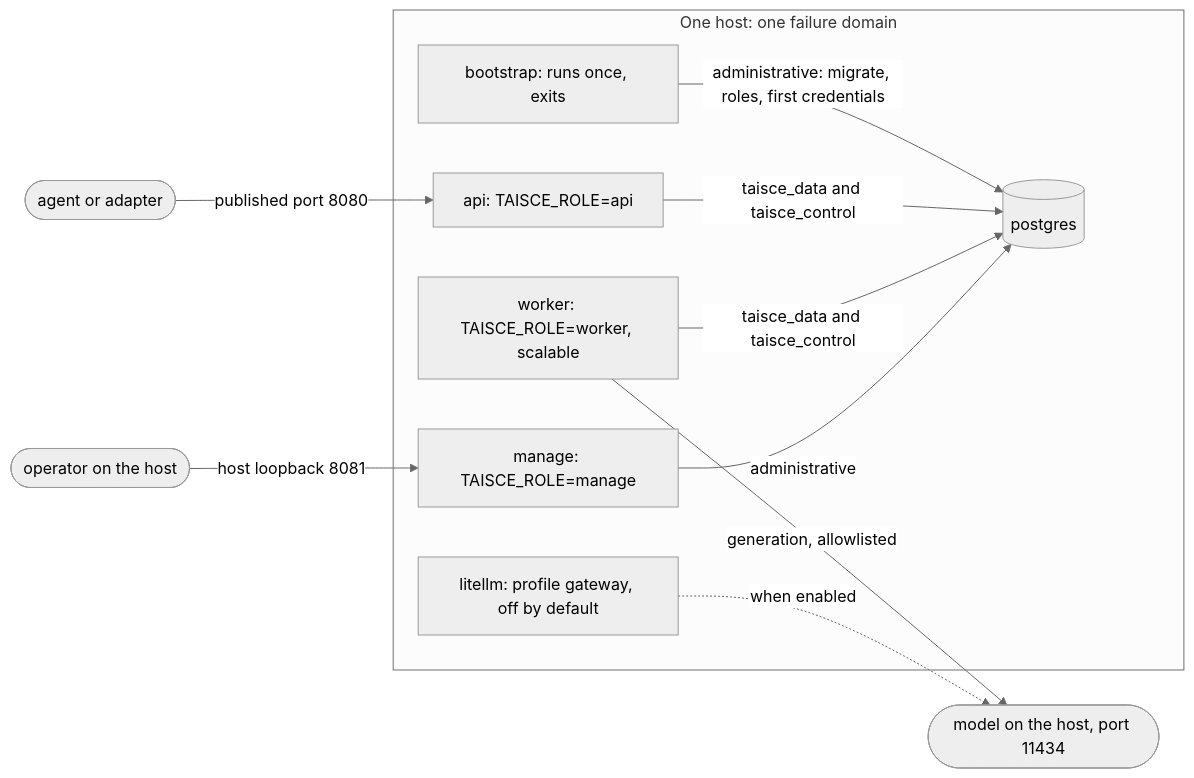
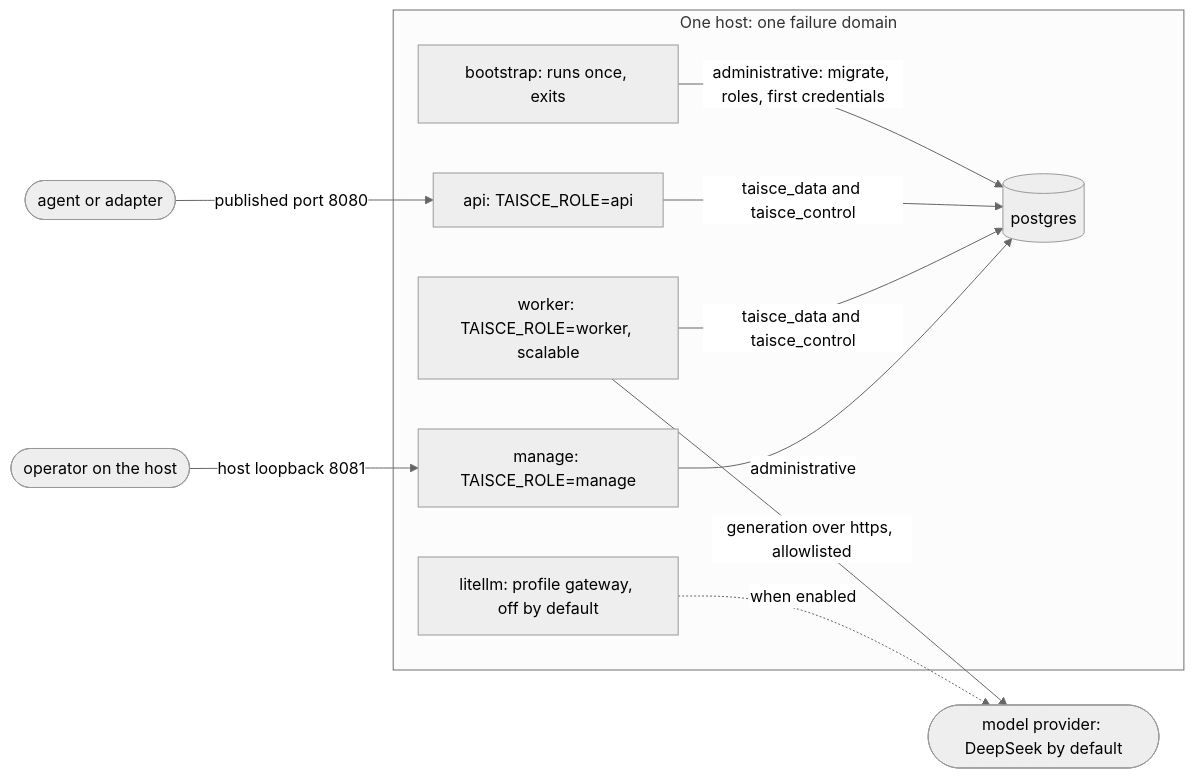
Before and after one commit to ensera-ai/taisce: the first of 2 diagrams in docs/architecture/deployment.md, drawn with Mermaid (neutral theme). The commit also changed other lines of this file and 20 other files, not shown here.

````diff
--- a/docs/architecture/deployment.md
+++ b/docs/architecture/deployment.md
@@ -65,22 +65,22 @@
 ```mermaid
 flowchart LR
     client(["agent or adapter"])
     operator(["operator on the host"])
-    ollama(["model on the host, port 11434"])
+    model(["model provider: DeepSeek by default"])
     subgraph host["One host: one failure domain"]
         pg[("postgres")]
         boot["bootstrap: runs once, exits"]
         api["api: TAISCE_ROLE=api"]
         worker["worker: TAISCE_ROLE=worker, scalable"]
         manage["manage: TAISCE_ROLE=manage"]
         litellm["litellm: profile gateway, off by default"]
     end
     boot -->|"administrative: migrate, roles, first credentials"| pg
     api -->|"taisce_data and taisce_control"| pg
     worker -->|"taisce_data and taisce_control"| pg
     manage -->|"administrative"| pg
-    worker -->|"generation, allowlisted"| ollama
-    litellm -.->|"when enabled"| ollama
+    worker -->|"generation over https, allowlisted"| model
+    litellm -.->|"when enabled"| model
     client -->|"published port 8080"| api
     operator -->|"host loopback 8081"| manage
 ```
````
